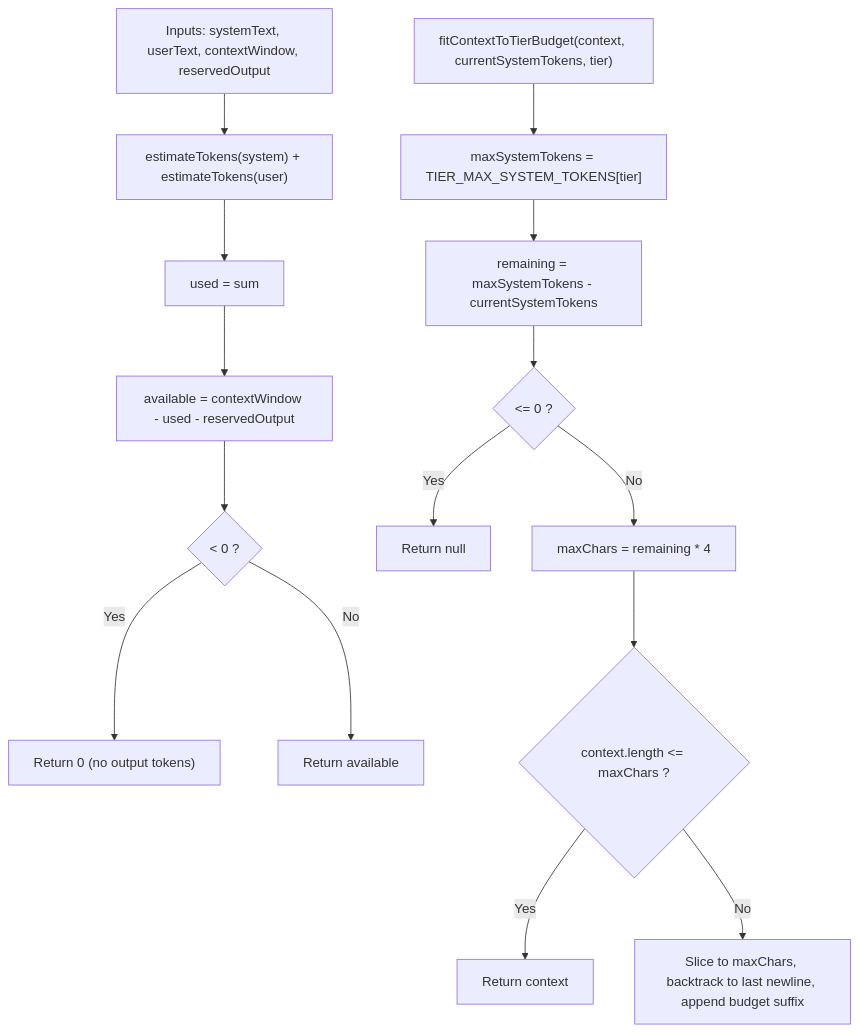
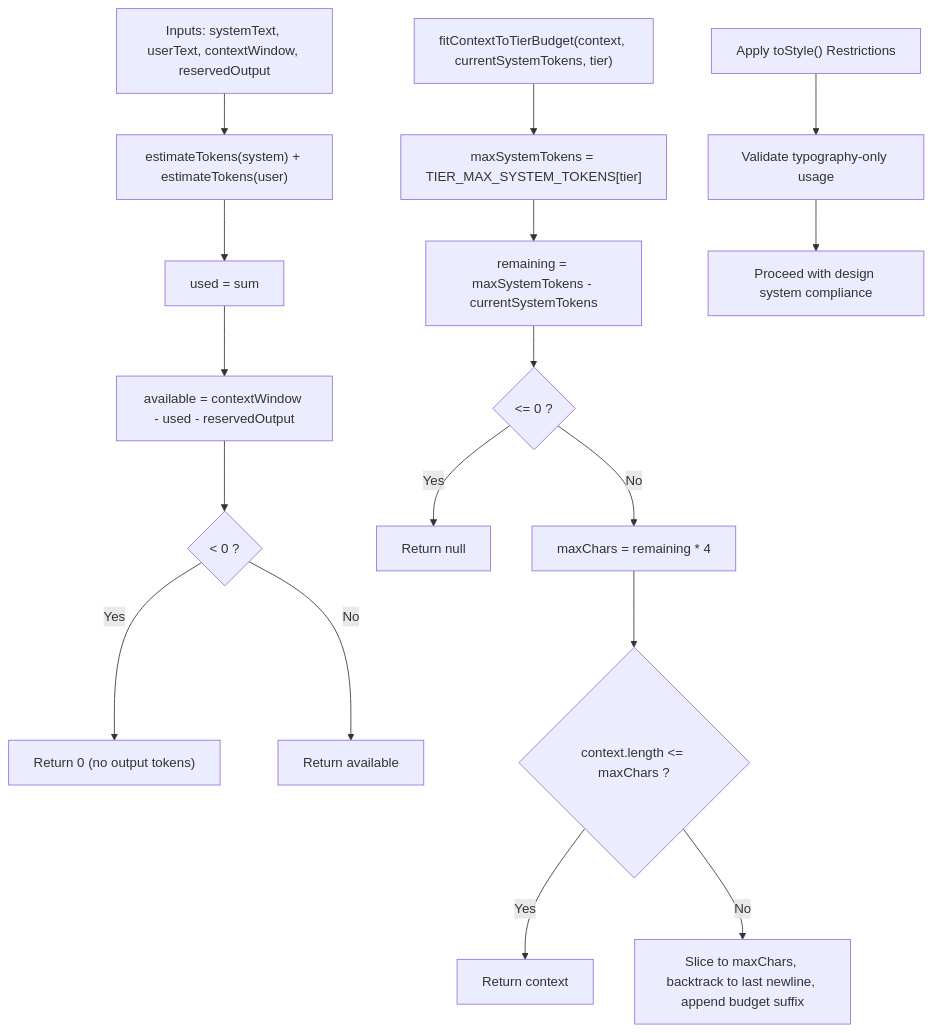
Before and after one commit to shekhargiri005-dotcom/AI-powered-accessibility-first-UI-engine: the fifth of 11 diagrams in .qoder/repowiki/en/content/AI Generation Engine/Core Generation Pipeline/Prompt Engineering & Context Injection.md, drawn with Mermaid. The commit also changed other lines of this file and 24 other files, not shown here.

````diff
--- a/.qoder/repowiki/en/content/AI Generation Engine/Core Generation Pipeline/Prompt Engineering & Context Injection.md
+++ b/.qoder/repowiki/en/content/AI Generation Engine/Core Generation Pipeline/Prompt Engineering & Context Injection.md
@@ -263,17 +299,19 @@
 ```mermaid
 flowchart TD
 A["Inputs: systemText, userText, contextWindow, reservedOutput"] --> B["estimateTokens(system) + estimateTokens(user)"]
 B --> C["used = sum"]
 C --> D["available = contextWindow - used - reservedOutput"]
 D --> E{"< 0 ?"}
 E --> |Yes| F["Return 0 (no output tokens)"]
 E --> |No| G["Return available"]
 H["fitContextToTierBudget(context, currentSystemTokens, tier)"] --> I["maxSystemTokens = TIER_MAX_SYSTEM_TOKENS[tier]"]
 I --> J["remaining = maxSystemTokens - currentSystemTokens"]
 J --> K{"<= 0 ?"}
 K --> |Yes| L["Return null"]
 K --> |No| M["maxChars = remaining * 4"]
 M --> N{"context.length <= maxChars ?"}
 N --> |Yes| O["Return context"]
 N --> |No| P["Slice to maxChars, backtrack to last newline, append budget suffix"]
+Q["Apply toStyle() Restrictions"] --> R["Validate typography-only usage"]
+R --> S["Proceed with design system compliance"]
 ```
````
